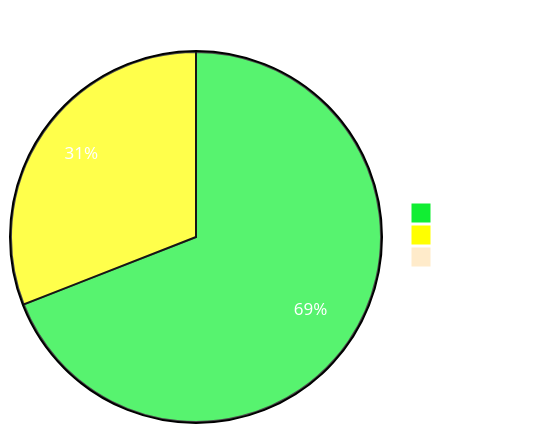
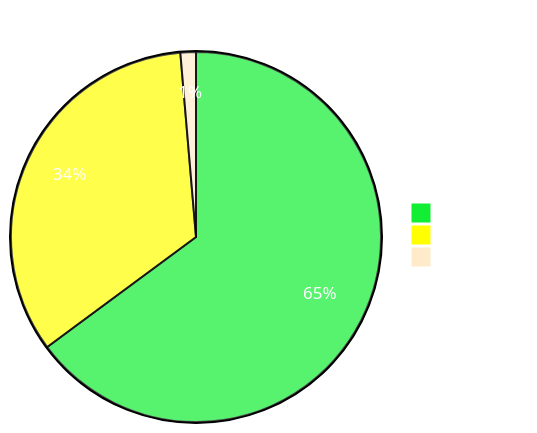
Before and after one commit to sumanthtatipamula/Programming: the diagram in Readme.md, drawn with Mermaid. The commit also changed 12 other files, not shown here.

````diff
--- a/Readme.md
+++ b/Readme.md
@@ -23,20 +23,20 @@
 ```mermaid
 %%{
   init:
   {
     'theme': 'base',
     'themeVariables':
       {
         'primaryTextColor': '#fff',
         'pie1': '#1E3',
         'pie2': '#FFFF00',
         'pie3': '#ffebca'
       }
   }
 }%%
 pie showData
     title Problems Solved Per Tag
     "Tree" : 96
-    "Graphs": 43
-    "Arrays": 1
+    "Graphs": 50
+    "Arrays": 2
 ```
````
